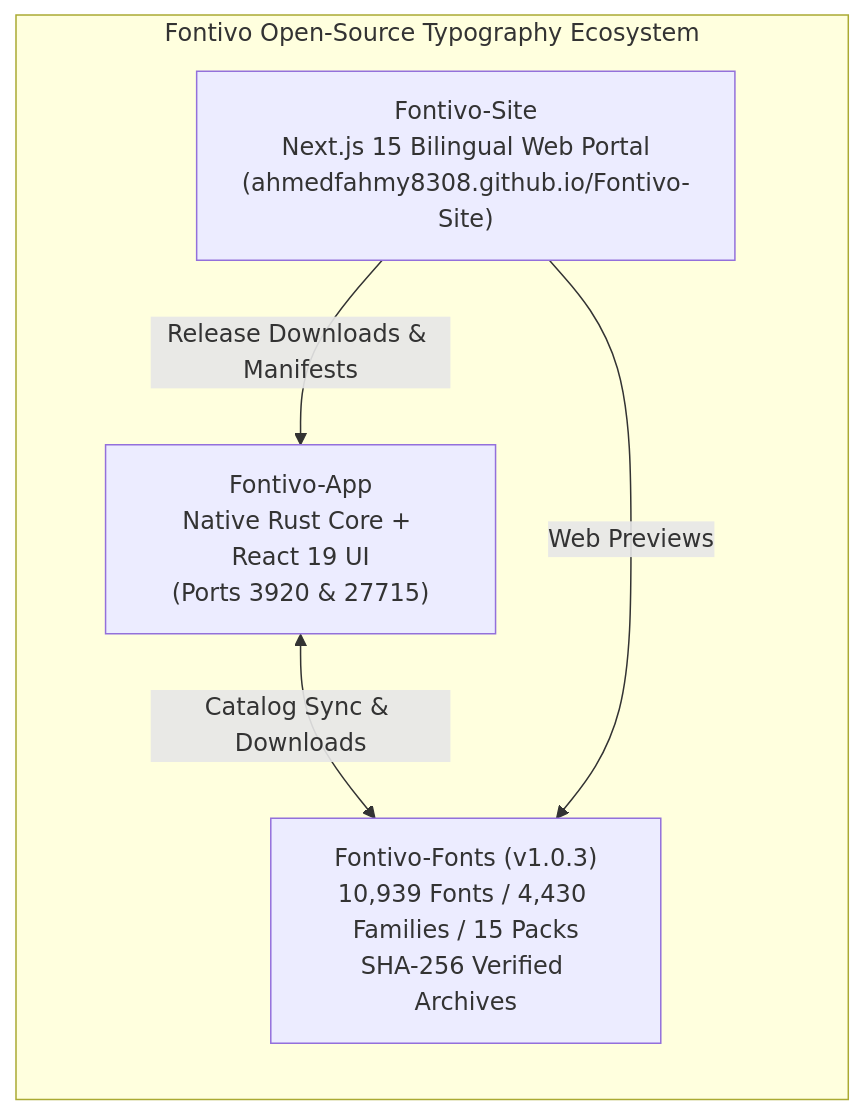
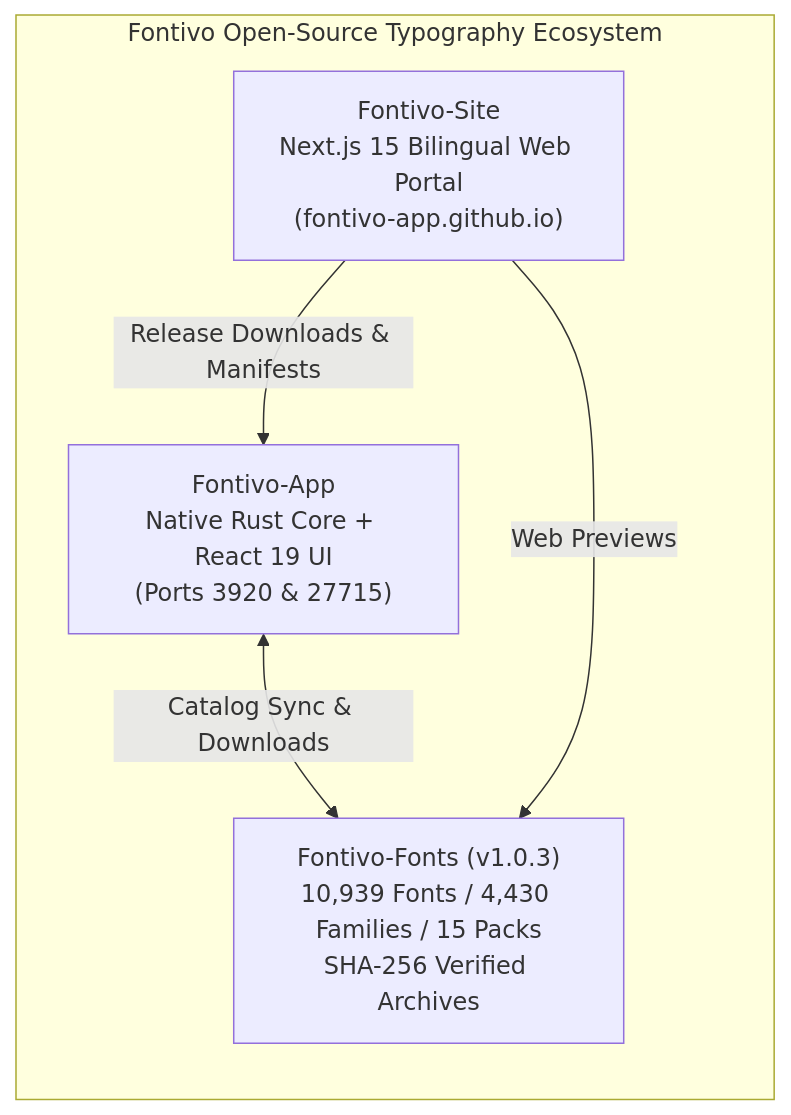
Before and after one commit to Ahmedfahmy8308/Fontivo: the diagram in AGENTS.md, drawn with Mermaid. The commit also changed other lines of this file and 19 other files, not shown here.

````diff
--- a/AGENTS.md
+++ b/AGENTS.md
@@ -41,13 +41,13 @@
 ```mermaid
 flowchart LR
   subgraph Ecosystem["Fontivo Open-Source Typography Ecosystem"]
     direction TB
     APP["Fontivo-App<br>Native Rust Core + React 19 UI<br>(Ports 3920 & 27715)"]
     FONTS["Fontivo-Fonts (v1.0.3)<br>10,939 Fonts / 4,430 Families / 15 Packs<br>SHA-256 Verified Archives"]
-    SITE["Fontivo-Site<br>Next.js 15 Bilingual Web Portal<br>(ahmedfahmy8308.github.io/Fontivo-Site)"]
+    SITE["Fontivo-Site<br>Next.js 15 Bilingual Web Portal<br>(fontivo-app.github.io)"]
   end
 
   APP <-->|Catalog Sync & Downloads| FONTS
   SITE -->|Release Downloads & Manifests| APP
   SITE -->|Web Previews| FONTS
 ```
````
